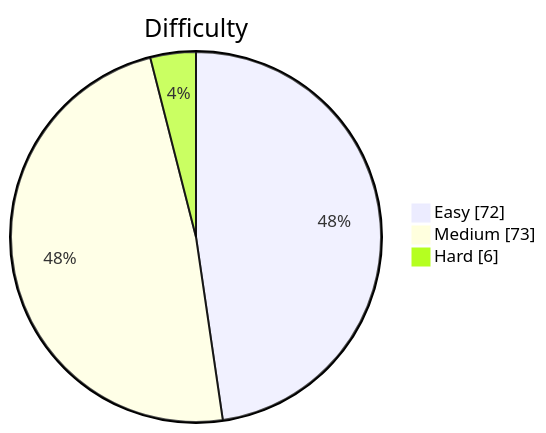
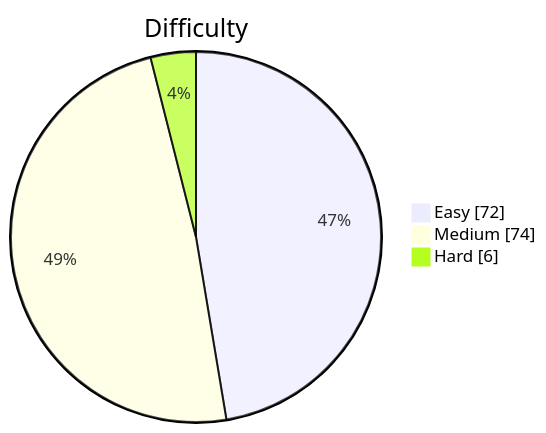
Before and after one commit to kevstevie/python-algo-practice: the diagram in README.md, drawn with Mermaid. The commit also changed other lines of this file, not shown here.

````diff
--- a/README.md
+++ b/README.md
@@ -13,7 +13,7 @@
 ```mermaid
 pie showData
     title Difficulty
     "Easy"   : 72
-    "Medium" : 73
+    "Medium" : 74
     "Hard"   : 6
 ```
````
